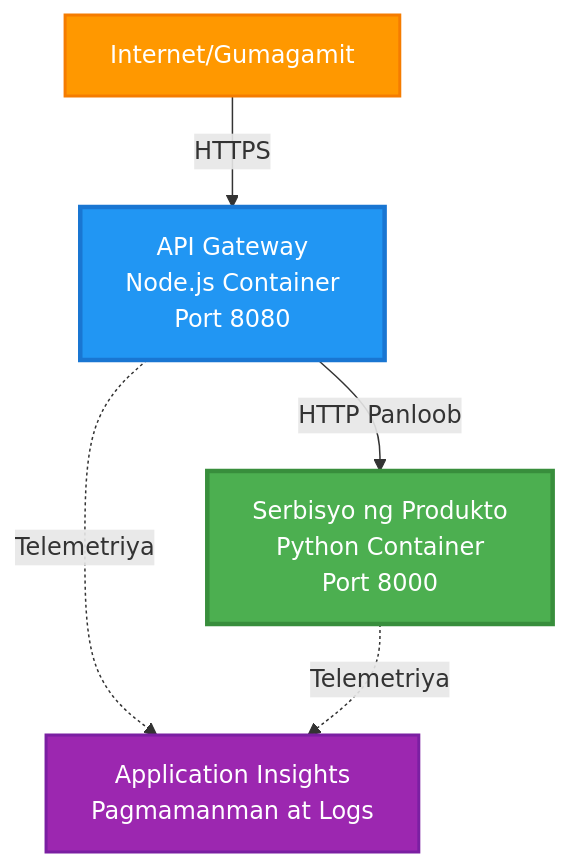
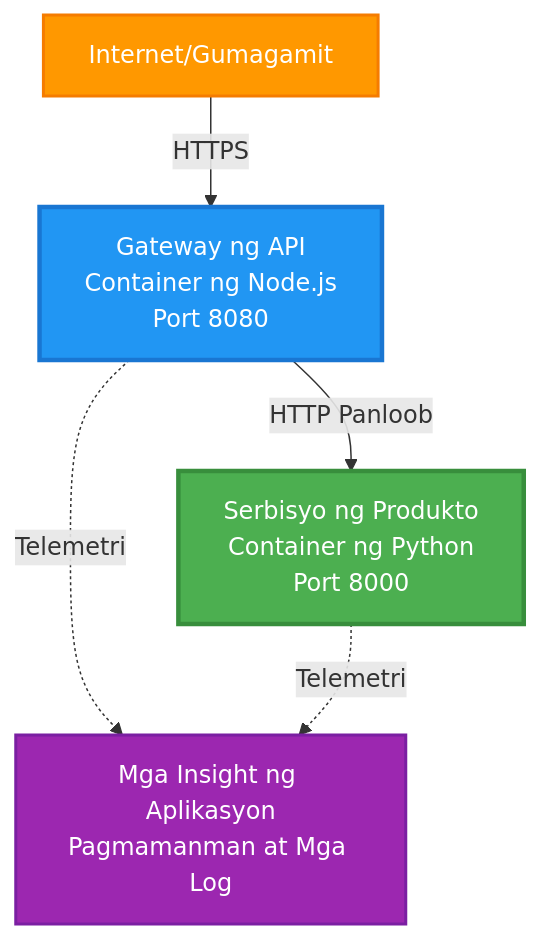
One commit to microsoft/AZD-for-beginners changed the first of 4 diagrams in translations/tl/examples/microservices/README.md. Above: the diagram before and after it, drawn with Mermaid. The commit also changed other lines of this file and 242 other files, not shown here.

````diff
--- a/translations/tl/examples/microservices/README.md
+++ b/translations/tl/examples/microservices/README.md
@@ -40,17 +31,17 @@
 ```mermaid
 graph TB
     Internet[Internet/Gumagamit]
-    Gateway[API Gateway<br/>Node.js Container<br/>Port 8080]
-    Product[Serbisyo ng Produkto<br/>Python Container<br/>Port 8000]
-    AppInsights[Application Insights<br/>Pagmamanman at Logs]
+    Gateway[Gateway ng API<br/>Container ng Node.js<br/>Port 8080]
+    Product[Serbisyo ng Produkto<br/>Container ng Python<br/>Port 8000]
+    AppInsights[Mga Insight ng Aplikasyon<br/>Pagmamanman at Mga Log]
     
     Internet -->|HTTPS| Gateway
     Gateway -->|HTTP Panloob| Product
-    Gateway -.->|Telemetriya| AppInsights
-    Product -.->|Telemetriya| AppInsights
+    Gateway -.->|Telemetri| AppInsights
+    Product -.->|Telemetri| AppInsights
     
     style Gateway fill:#2196F3,stroke:#1976D2,stroke-width:3px,color:#fff
     style Product fill:#4CAF50,stroke:#388E3C,stroke-width:3px,color:#fff
     style Internet fill:#FF9800,stroke:#F57C00,stroke-width:2px,color:#fff
     style AppInsights fill:#9C27B0,stroke:#7B1FA2,stroke-width:2px,color:#fff
 ```
````
